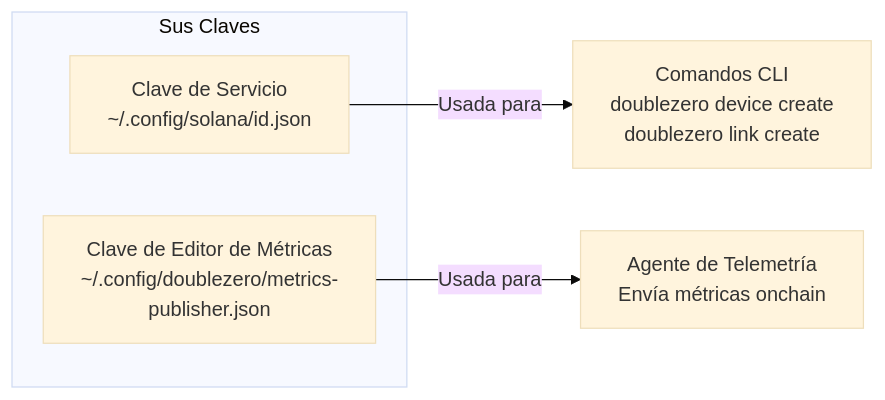
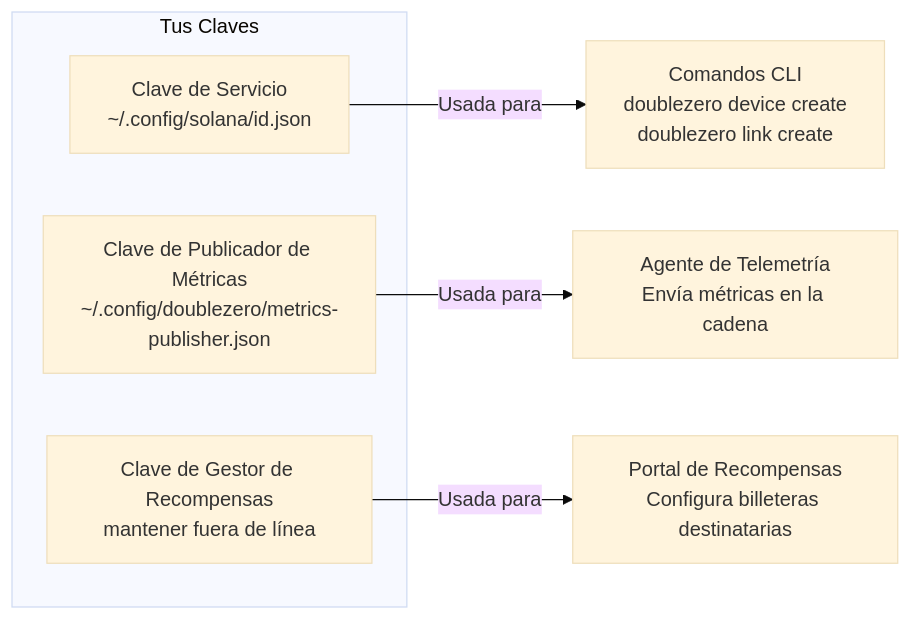
Before and after one commit to malbeclabs/docs: the fourth of 9 diagrams in docs/contribute-provisioning.es.md, drawn with Mermaid (base theme). The commit also changed other lines of this file and 34 other files, not shown here.

````diff
--- a/docs/contribute-provisioning.es.md
+++ b/docs/contribute-provisioning.es.md
@@ -166,10 +208,12 @@
 ```mermaid
 flowchart LR
-    subgraph "Sus Claves"
+    subgraph "Tus Claves"
         SK[Clave de Servicio<br/>~/.config/solana/id.json]
-        MK[Clave de Editor de Métricas<br/>~/.config/doublezero/metrics-publisher.json]
+        MK[Clave de Publicador de Métricas<br/>~/.config/doublezero/metrics-publisher.json]
+        RK[Clave de Gestor de Recompensas<br/>mantener fuera de línea]
     end
 
     SK -->|Usada para| CLI[Comandos CLI<br/>doublezero device create<br/>doublezero link create]
-    MK -->|Usada para| TEL[Agente de Telemetría<br/>Envía métricas onchain]
+    MK -->|Usada para| TEL[Agente de Telemetría<br/>Envía métricas en la cadena]
+    RK -->|Usada para| REW[Portal de Recompensas<br/>Configura billeteras destinatarias]
 ```
````
